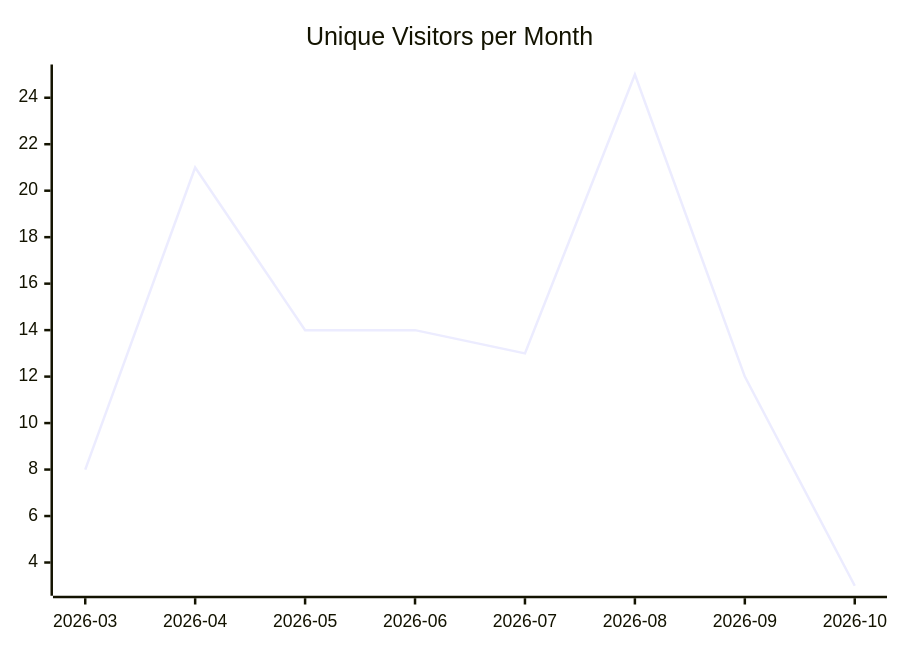
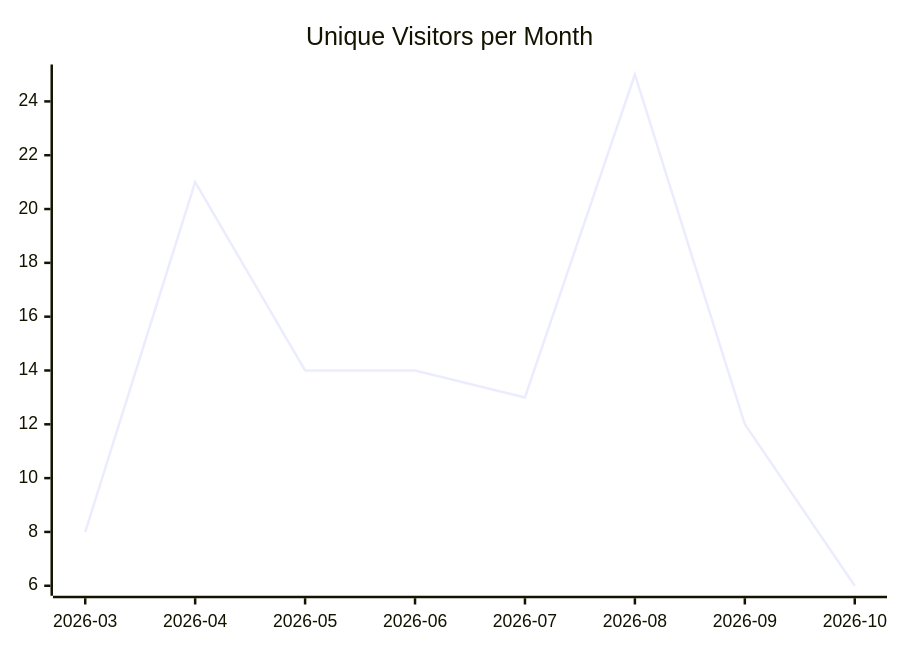
The first of 3 diagrams in karlmdavis/ksoap2-android/README.md (justdavis-family/github-analytics-data), drawn with Mermaid before and after one commit. The commit also changed other lines of this file and 201 other files, not shown here.

````diff
--- a/karlmdavis/ksoap2-android/README.md
+++ b/karlmdavis/ksoap2-android/README.md
@@ -5,6 +5,6 @@
 ```mermaid
 xychart-beta
   title "Unique Visitors per Month"
   x-axis ["2026-03", "2026-04", "2026-05", "2026-06", "2026-07", "2026-08", "2026-09", "2026-10"]
-  line [8, 21, 14, 14, 13, 25, 12, 3]
+  line [8, 21, 14, 14, 13, 25, 12, 6]
 ```
````
